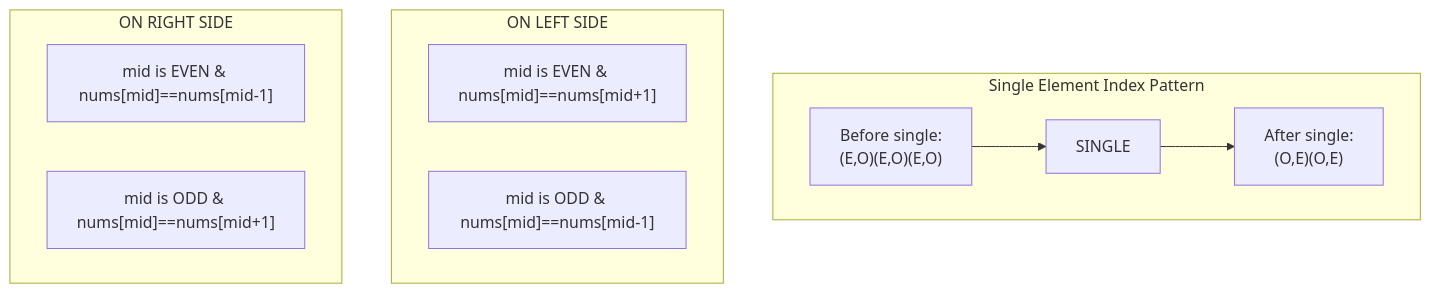
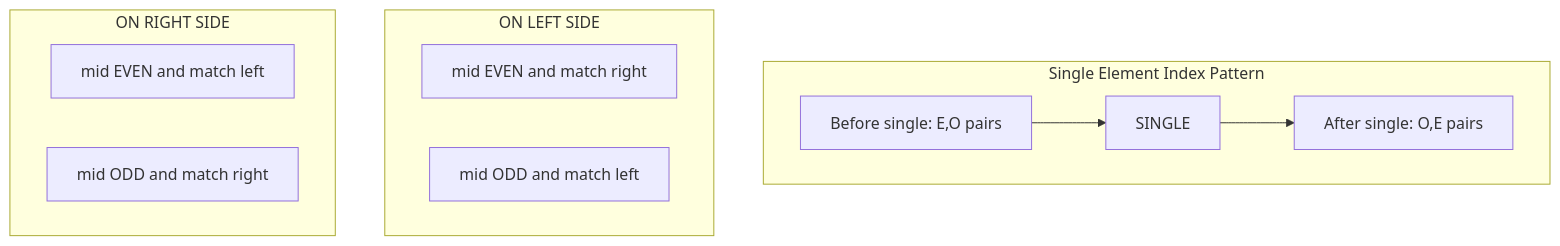
Before and after one commit to pentoshi007/tuf: diagram 17 of 19 in dsa/Advanced/04-Binary search/02-logic-building/02-logic-building.md, drawn with Mermaid. The commit also changed other lines of this file and 1 other file, not shown here.

First line of the commit message:
Fix Mermaid diagram syntax for GitHub compatibility

````diff
--- a/dsa/Advanced/04-Binary search/02-logic-building/02-logic-building.md
+++ b/dsa/Advanced/04-Binary search/02-logic-building/02-logic-building.md
@@ -771,20 +768,19 @@
 ```mermaid
 flowchart TB
     subgraph Pattern["Single Element Index Pattern"]
-        direction LR
-        B["Before single:\n(E,O)(E,O)(E,O)"]
+        B["Before single: E,O pairs"]
         S["SINGLE"]
-        A["After single:\n(O,E)(O,E)"]
+        A["After single: O,E pairs"]
         B --> S --> A
     end
     
     subgraph Left["ON LEFT SIDE"]
-        L1["mid is EVEN & nums[mid]==nums[mid+1]"]
-        L2["mid is ODD & nums[mid]==nums[mid-1]"]
+        L1["mid EVEN and match right"]
+        L2["mid ODD and match left"]
     end
     
     subgraph Right["ON RIGHT SIDE"]
-        R1["mid is EVEN & nums[mid]==nums[mid-1]"]
-        R2["mid is ODD & nums[mid]==nums[mid+1]"]
+        R1["mid EVEN and match left"]
+        R2["mid ODD and match right"]
     end
 ```
````
